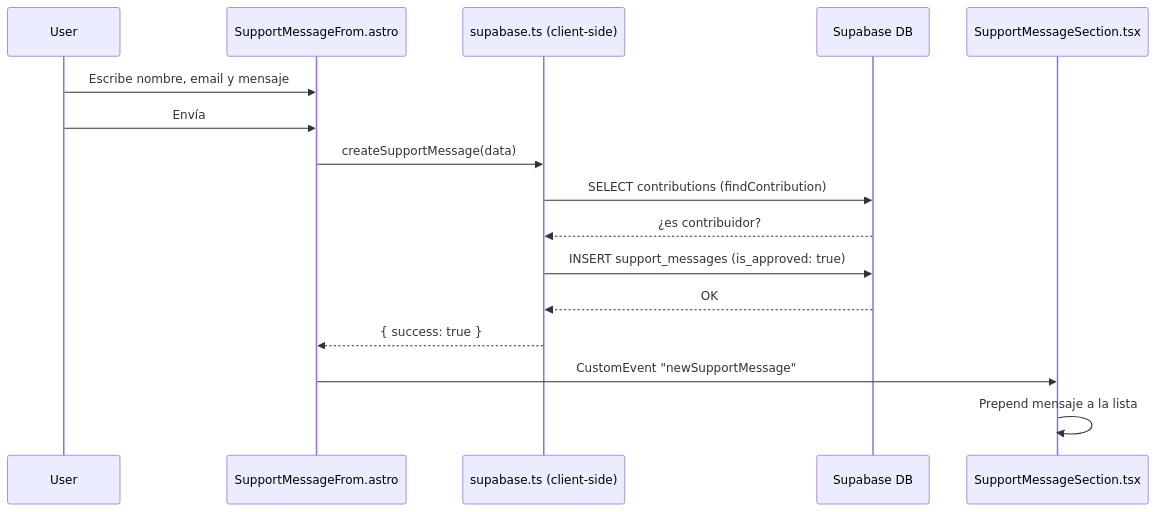
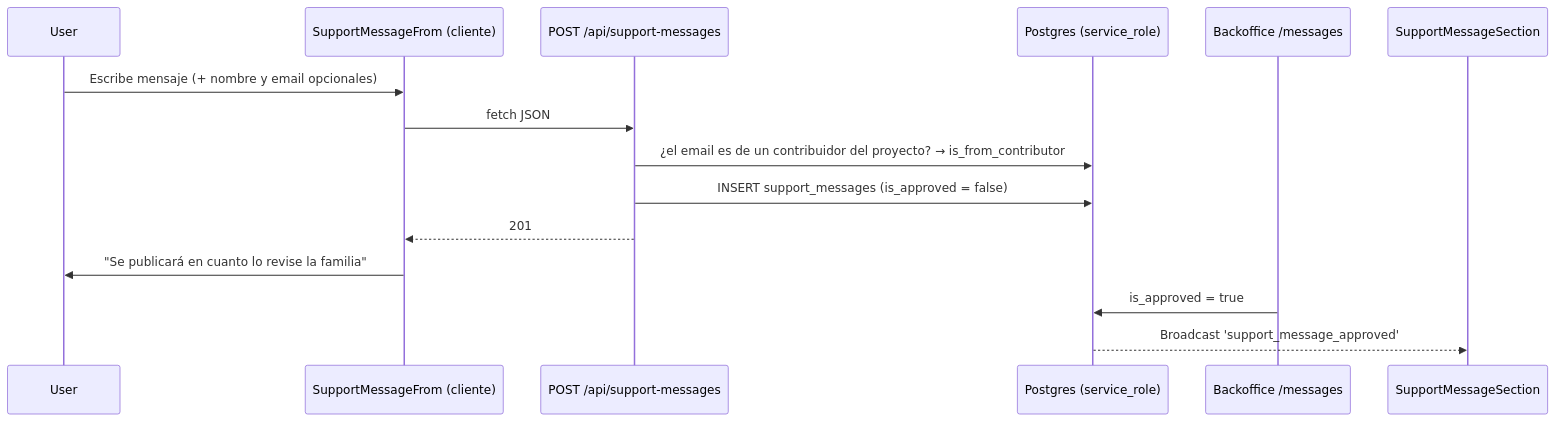
The fourth of 5 diagrams in docs/ARCHITECTURE.md (GallardoNr1/gallardo-crowdfunding), drawn with Mermaid before and after one commit. The commit also changed other lines of this file and 10 other files, not shown here.

````diff
--- a/docs/ARCHITECTURE.md
+++ b/docs/ARCHITECTURE.md
@@ -139,19 +163,18 @@
 ```mermaid
 sequenceDiagram
     participant User
-    participant SupportForm as SupportMessageFrom.astro
-    participant SupabaseLib as supabase.ts (client-side)
-    participant DB as Supabase DB
-    participant SupportSection as SupportMessageSection.tsx
+    participant Form as SupportMessageFrom (cliente)
+    participant Api as POST /api/support-messages
+    participant DB as Postgres (service_role)
+    participant Admin as Backoffice /messages
+    participant Wall as SupportMessageSection
 
-    User->>SupportForm: Escribe nombre, email y mensaje
-    User->>SupportForm: Envía
-    SupportForm->>SupabaseLib: createSupportMessage(data)
-    SupabaseLib->>DB: SELECT contributions (findContribution)
-    DB-->>SupabaseLib: ¿es contribuidor?
-    SupabaseLib->>DB: INSERT support_messages (is_approved: true)
-    DB-->>SupabaseLib: OK
-    SupabaseLib-->>SupportForm: { success: true }
-    SupportForm->>SupportSection: CustomEvent "newSupportMessage"
-    SupportSection->>SupportSection: Prepend mensaje a la lista
+    User->>Form: Escribe mensaje (+ nombre y email opcionales)
+    Form->>Api: fetch JSON
+    Api->>DB: ¿el email es de un contribuidor del proyecto? → is_from_contributor
+    Api->>DB: INSERT support_messages (is_approved = false)
+    Api-->>Form: 201
+    Form->>User: "Se publicará en cuanto lo revise la familia"
+    Admin->>DB: is_approved = true
+    DB-->>Wall: Broadcast 'support_message_approved'
 ```
````
